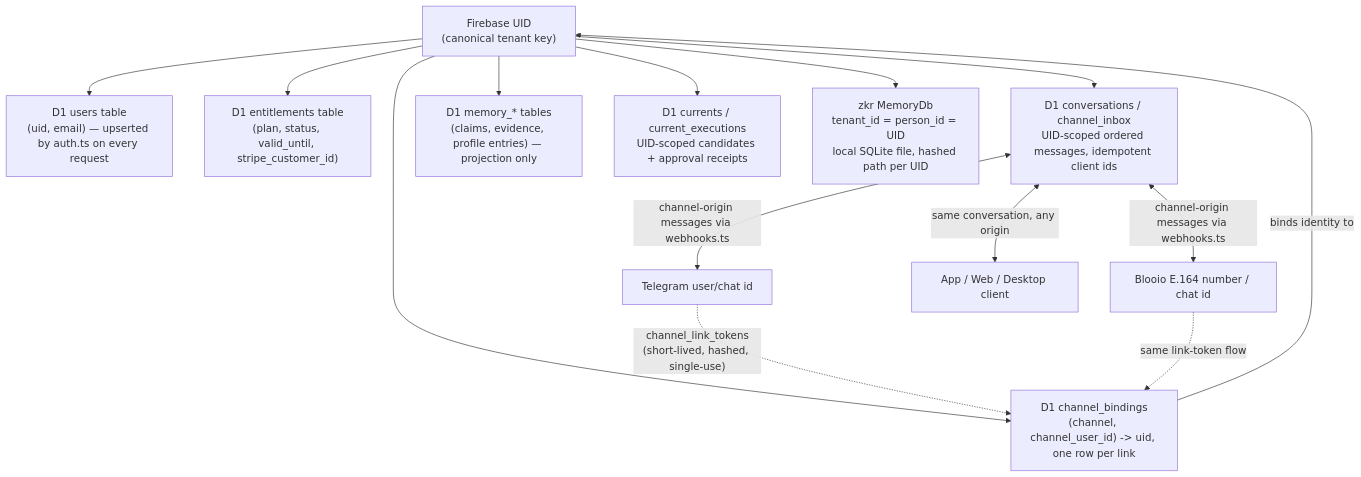
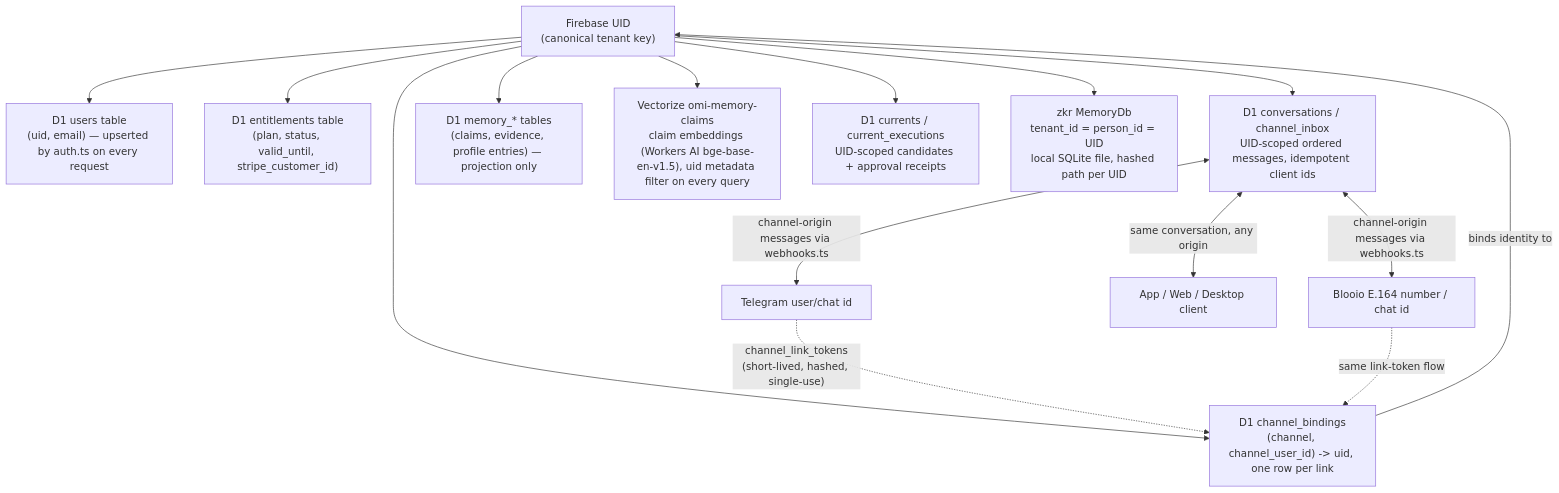
One commit to undivisible/omi-v4 changed diagram 12 of 12 in ARCHITECTURE.md. Above: the diagram before and after it, drawn with Mermaid. The commit also changed 6 other files, not shown here.

````diff
--- a/ARCHITECTURE.md
+++ b/ARCHITECTURE.md
@@ -344,21 +344,22 @@
 ```mermaid
 flowchart TD
     UID["Firebase UID<br/>(canonical tenant key)"]
 
     UID --> D1U["D1 users table<br/>(uid, email) — upserted by auth.ts on every request"]
     UID --> D1E["D1 entitlements table<br/>(plan, status, valid_until, stripe_customer_id)"]
     UID --> D1C["D1 conversations / channel_inbox<br/>UID-scoped ordered messages, idempotent client ids"]
     UID --> D1M["D1 memory_* tables<br/>(claims, evidence, profile entries) — projection only"]
+    UID --> VEC["Vectorize omi-memory-claims<br/>claim embeddings (Workers AI bge-base-en-v1.5), uid metadata filter on every query"]
     UID --> D1CUR["D1 currents / current_executions<br/>UID-scoped candidates + approval receipts"]
     UID --> D1CH["D1 channel_bindings<br/>(channel, channel_user_id) -> uid, one row per link"]
 
     UID --> ZKR["zkr MemoryDb<br/>tenant_id = person_id = UID<br/>local SQLite file, hashed path per UID"]
 
     TG["Telegram user/chat id"] -.->|"channel_link_tokens<br/>(short-lived, hashed, single-use)"| D1CH
     BLOO["Blooio E.164 number / chat id"] -.->|"same link-token flow"| D1CH
     D1CH -->|"binds identity to"| UID
 
     D1C <-->|"same conversation, any origin"| App["App / Web / Desktop client"]
     D1C <-->|"channel-origin messages via webhooks.ts"| TG
     D1C <-->|"channel-origin messages via webhooks.ts"| BLOO
 ```
````
